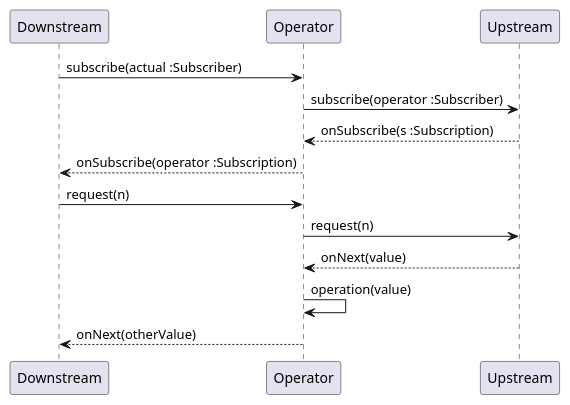
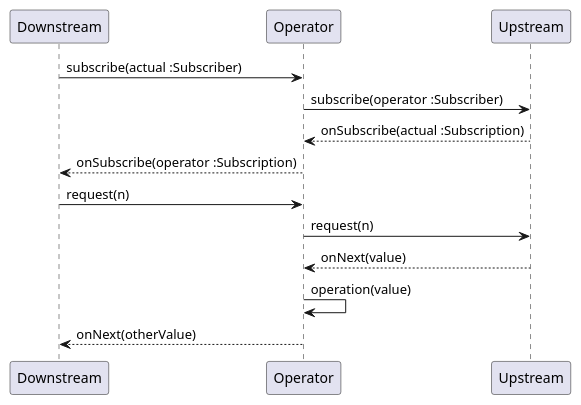
Before and after one commit to yanghoon/obsidian-workspace: the second of 2 diagrams in _diary/2024-06-18.md, drawn with PlantUML.

Commit message:
vault backup: 2024-06-19 00:53:42

````diff
--- a/_diary/2024-06-18.md
+++ b/_diary/2024-06-18.md
@@ -41,20 +41,20 @@
 ```plantuml
 @startuml
 
 participant Downstream as Down
 participant Operator as Ops
 participant Upstream as Up
 
 Down -> Ops: subscribe(actual :Subscriber)
 Ops -> Up: subscribe(operator :Subscriber)
-Ops <-- Up: onSubscribe(s :Subscription)
+Ops <-- Up: onSubscribe(actual :Subscription)
 Down <-- Ops: onSubscribe(operator :Subscription)
 
 Down -> Ops: request(n)
 Ops -> Up: request(n)
 Ops <-- Up: onNext(value)
 Ops -> Ops: operation(value)
 Down <-- Ops: onNext(otherValue)
 
 @enduml
 ```
````
